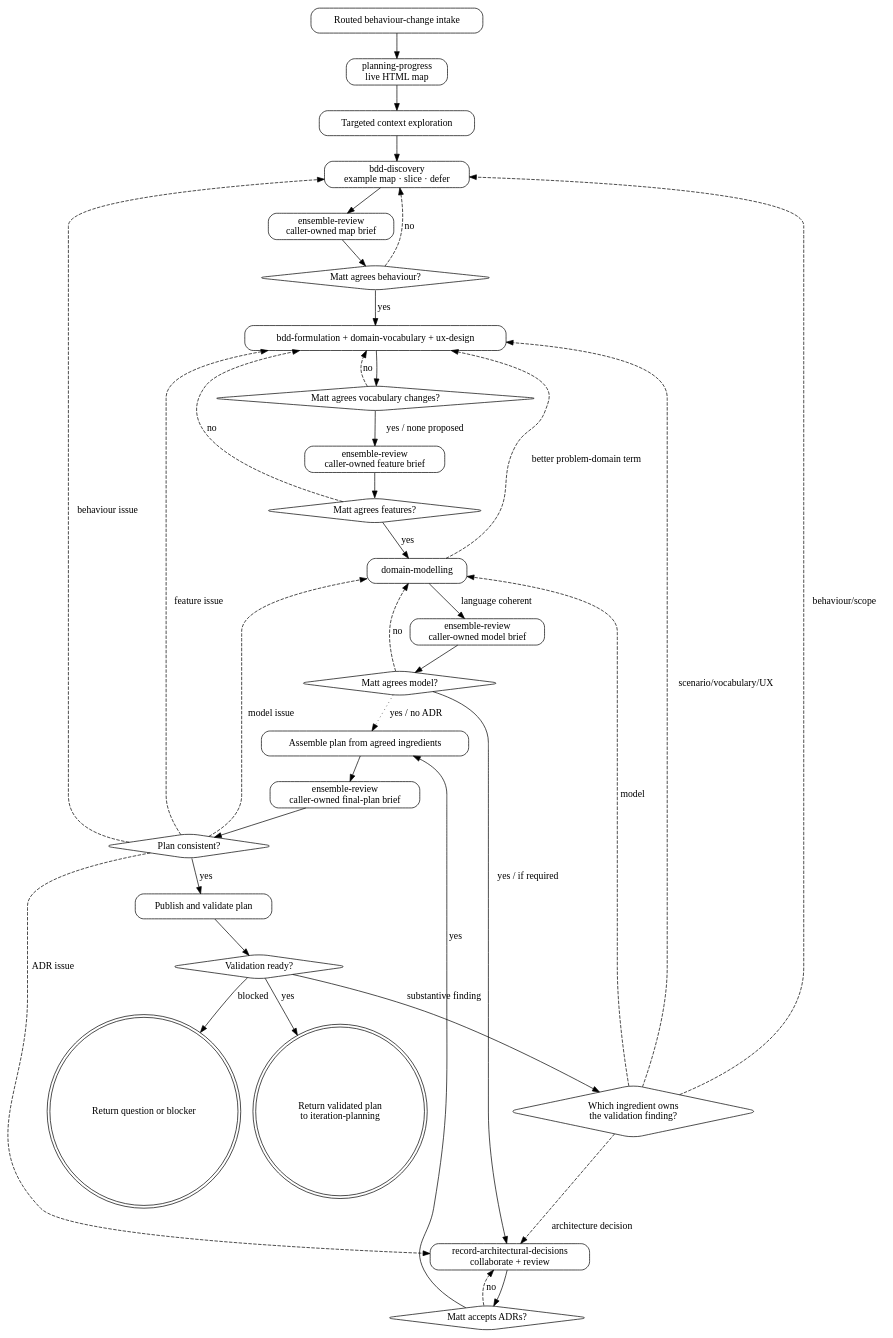
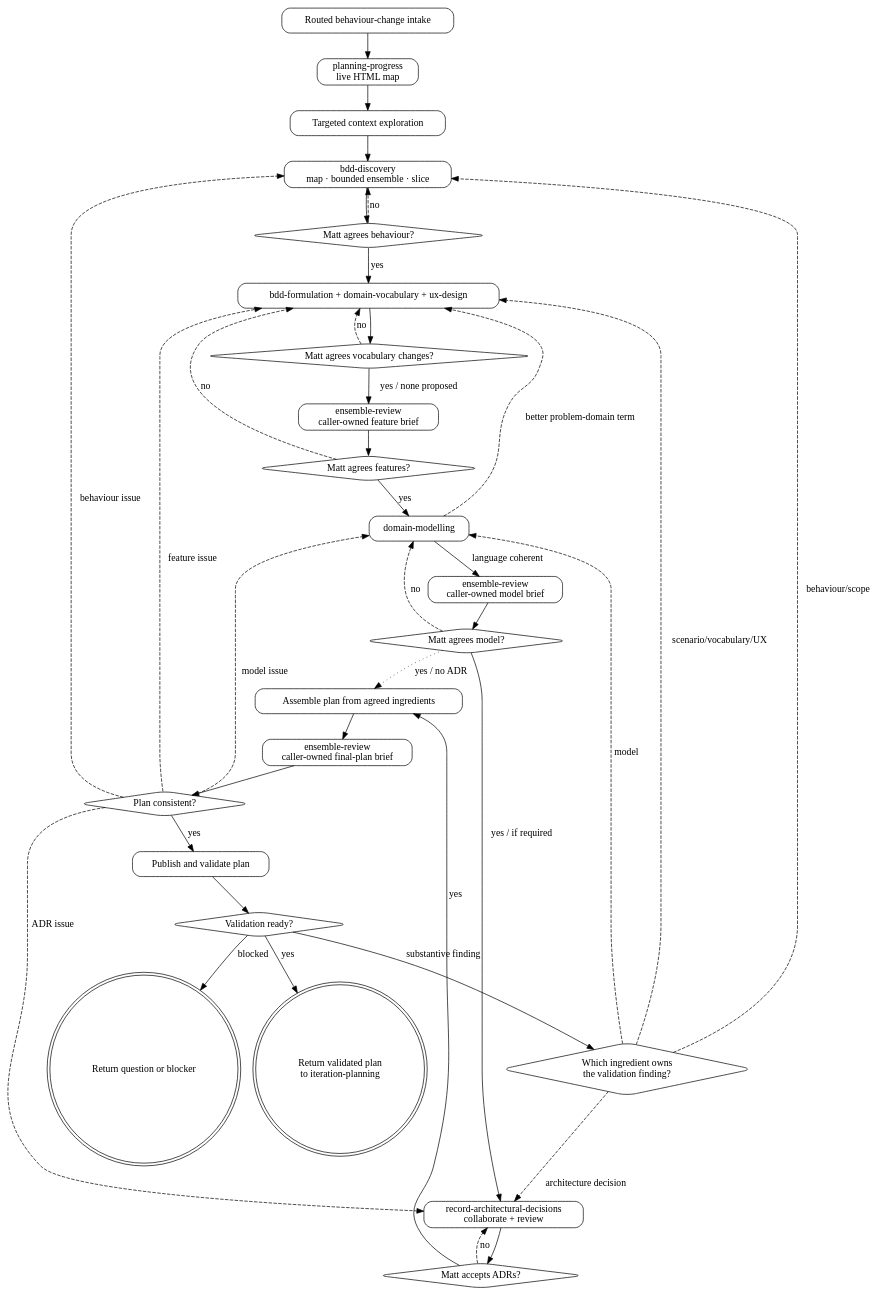
Before and after one commit to mattwynne/memba: the diagram in .pi/skills/behaviour-iteration-planning/SKILL.md, drawn with Graphviz. The commit also changed other lines of this file and 3 other files, not shown here.

Commit message:
Fail closed and deduplicate map review

````diff
--- a/.pi/skills/behaviour-iteration-planning/SKILL.md
+++ b/.pi/skills/behaviour-iteration-planning/SKILL.md
@@ -74,63 +67,62 @@
 ```dot
 digraph behaviour_iteration_planning {
   rankdir=TB;
   node [shape=box, style="rounded"];
 
   intake [label="Routed behaviour-change intake"];
   progress [label="planning-progress\nlive HTML map"];
   context [label="Targeted context exploration"];
-  map [label="bdd-discovery\nexample map · slice · defer"];
-  map_review [label="ensemble-review\ncaller-owned map brief"];
+  map [label="bdd-discovery\nmap · bounded ensemble · slice"];
   behaviour [shape=diamond, label="Matt agrees behaviour?"];
   formulate [label="bdd-formulation + domain-vocabulary + ux-design"];
   vocabulary [shape=diamond, label="Matt agrees vocabulary changes?"];
   gherkin_review [label="ensemble-review\ncaller-owned feature brief"];
   features [shape=diamond, label="Matt agrees features?"];
   model [label="domain-modelling"];
   model_review [label="ensemble-review\ncaller-owned model brief"];
   model_agreed [shape=diamond, label="Matt agrees model?"];
   adr [label="record-architectural-decisions\ncollaborate + review"];
   adr_accept [shape=diamond, label="Matt accepts ADRs?"];
   assemble [label="Assemble plan from agreed ingredients"];
   final_review [label="ensemble-review\ncaller-owned final-plan brief"];
   consistent [shape=diamond, label="Plan consistent?"];
   publish [label="Publish and validate plan"];
   validated [shape=diamond, label="Validation ready?"];
   validation_route [shape=diamond, label="Which ingredient owns\nthe validation finding?"];
   result [shape=doublecircle, label="Return validated plan\nto iteration-planning"];
   blocker [shape=doublecircle, label="Return question or blocker"];
 
-  intake -> progress -> context -> map -> map_review -> behaviour;
+  intake -> progress -> context -> map -> behaviour;
   behaviour -> map [label="no", style=dashed];
   behaviour -> formulate [label="yes"];
   formulate -> vocabulary;
   vocabulary -> formulate [label="no", style=dashed];
   vocabulary -> gherkin_review [label="yes / none proposed"];
   gherkin_review -> features;
   features -> formulate [label="no", style=dashed];
   features -> model [label="yes"];
   model -> formulate [label="better problem-domain term", style=dashed];
   model -> model_review [label="language coherent"];
   model_review -> model_agreed;
   model_agreed -> model [label="no", style=dashed];
   model_agreed -> adr [label="yes / if required"];
   adr -> adr_accept;
   adr_accept -> adr [label="no", style=dashed];
   adr_accept -> assemble [label="yes"];
   model_agreed -> assemble [label="yes / no ADR", style=dotted];
   assemble -> final_review -> consistent;
   consistent -> publish [label="yes"];
   consistent -> map [label="behaviour issue", style=dashed];
   consistent -> formulate [label="feature issue", style=dashed];
   consistent -> model [label="model issue", style=dashed];
   consistent -> adr [label="ADR issue", style=dashed];
   publish -> validated;
   validated -> result [label="yes"];
   validated -> blocker [label="blocked"];
   validated -> validation_route [label="substantive finding"];
   validation_route -> map [label="behaviour/scope", style=dashed];
   validation_route -> formulate [label="scenario/vocabulary/UX", style=dashed];
   validation_route -> model [label="model", style=dashed];
   validation_route -> adr [label="architecture decision", style=dashed];
 }
 ```
````
